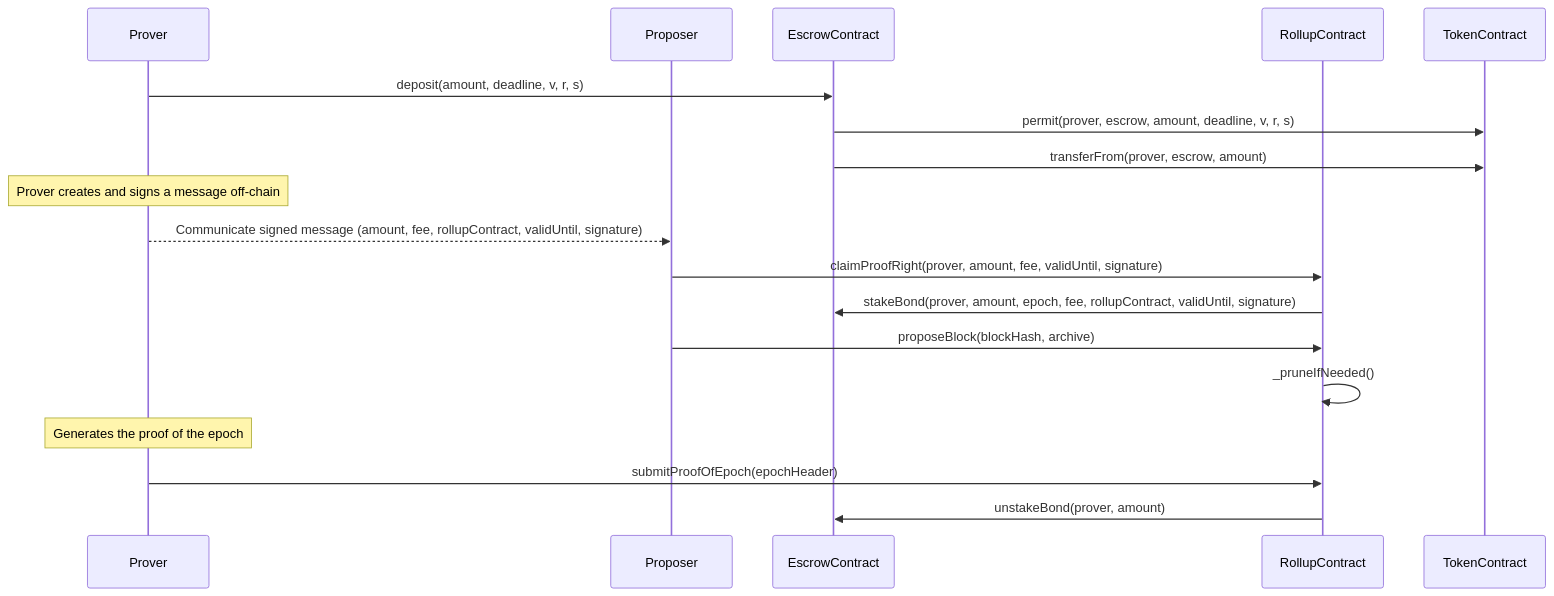
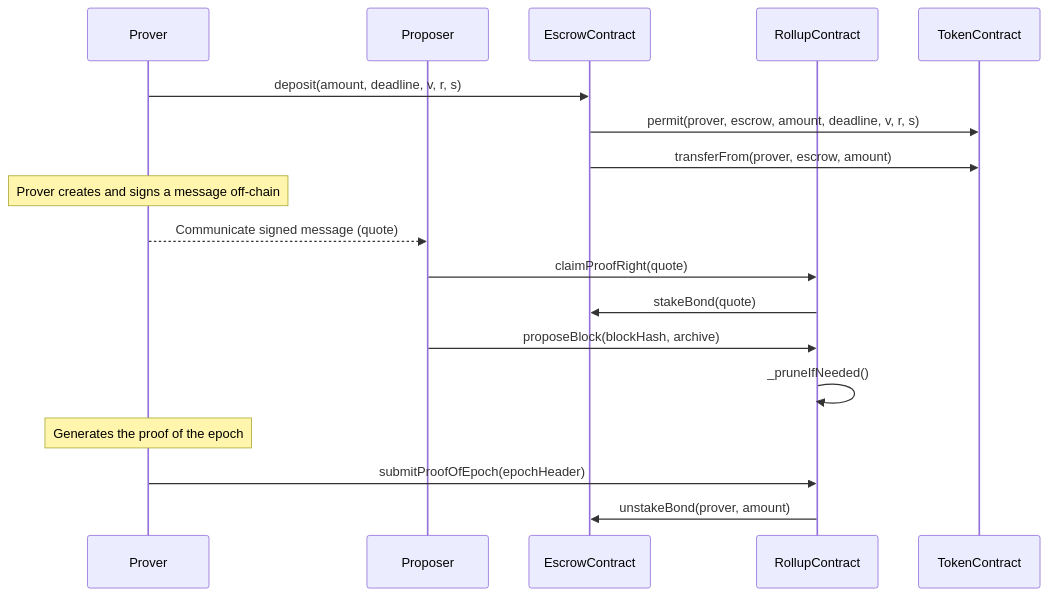
The diagram in in-progress/8401-proof-timeliness/design.md (AztecProtocol/engineering-designs), drawn with Mermaid before and after one commit. The commit also changed other lines of this file, not shown here.

````diff
--- a/in-progress/8401-proof-timeliness/design.md
+++ b/in-progress/8401-proof-timeliness/design.md
@@ -57,27 +63,27 @@
 ```mermaid
 sequenceDiagram
     participant Prover
     participant Proposer
     participant EscrowContract
     participant RollupContract
     participant TokenContract
 
     Prover->>EscrowContract: deposit(amount, deadline, v, r, s)
     EscrowContract->>TokenContract: permit(prover, escrow, amount, deadline, v, r, s)
     EscrowContract->>TokenContract: transferFrom(prover, escrow, amount)
     
     Note over Prover: Prover creates and signs a message off-chain
-    Prover-->>Proposer: Communicate signed message (amount, fee, rollupContract, validUntil, signature)
+    Prover-->>Proposer: Communicate signed message (quote)
     
-    Proposer->>RollupContract: claimProofRight(prover, amount, fee, validUntil, signature)
-    RollupContract->>EscrowContract: stakeBond(prover, amount, epoch, fee, rollupContract, validUntil, signature)
+    Proposer->>RollupContract: claimProofRight(quote)
+    RollupContract->>EscrowContract: stakeBond(quote)
 
     Proposer->>RollupContract: proposeBlock(blockHash, archive)
     RollupContract->>RollupContract: _pruneIfNeeded()
     
     Note over Prover: Generates the proof of the epoch
     Prover->>RollupContract: submitProofOfEpoch(epochHeader)
     
     RollupContract->>EscrowContract: unstakeBond(prover, amount)
     
 ```
````
